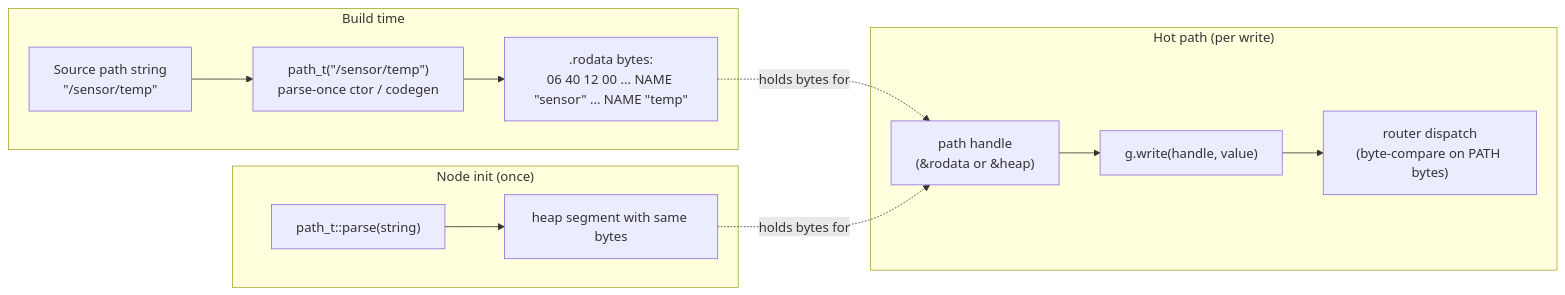
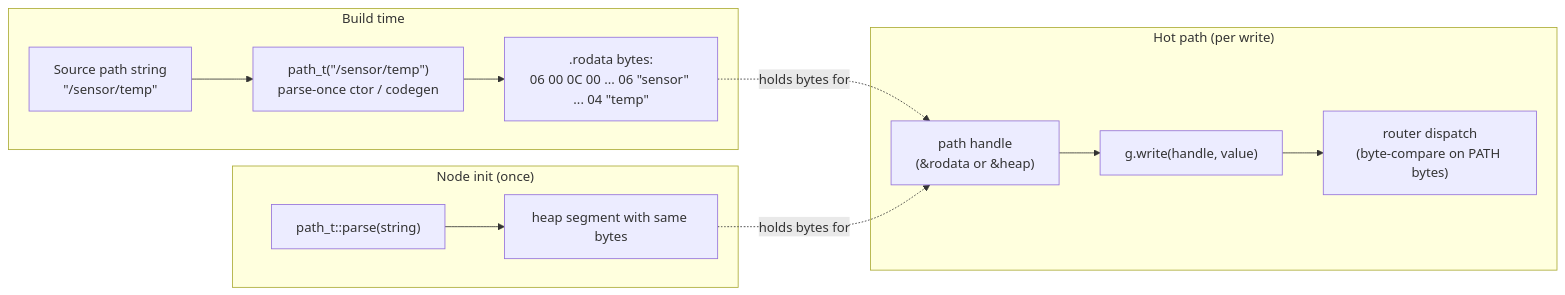
The first of 2 diagrams in docs/reference/03-addressing.md (avatarsd-llc/libtracer), drawn with Mermaid before and after one commit. The commit also changed other lines of this file and 46 other files, not shown here.

````diff
--- a/docs/reference/03-addressing.md
+++ b/docs/reference/03-addressing.md
@@ -373,25 +380,25 @@
 ```mermaid
 flowchart LR
   subgraph Build["Build time"]
     S["Source path string<br/>&quot;/sensor/temp&quot;"]
     M["path_t(&quot;/sensor/temp&quot;)<br/>parse-once ctor / codegen"]
-    R[".rodata bytes:<br/>06 40 12 00 ... NAME &quot;sensor&quot; ... NAME &quot;temp&quot;"]
+    R[".rodata bytes:<br/>06 00 0C 00 ... 06 &quot;sensor&quot; ... 04 &quot;temp&quot;"]
     S --> M --> R
   end
 
   subgraph Init["Node init (once)"]
     I["path_t::parse(string)"]
     H["heap segment with same bytes"]
     I --> H
   end
 
   subgraph Hot["Hot path (per write)"]
     HND["path handle<br/>(&rodata or &heap)"]
     W["g.write(handle, value)"]
     DISP["router dispatch<br/>(byte-compare on PATH bytes)"]
     HND --> W --> DISP
   end
 
   R -.holds bytes for.-> HND
   H -.holds bytes for.-> HND
 ```
````
